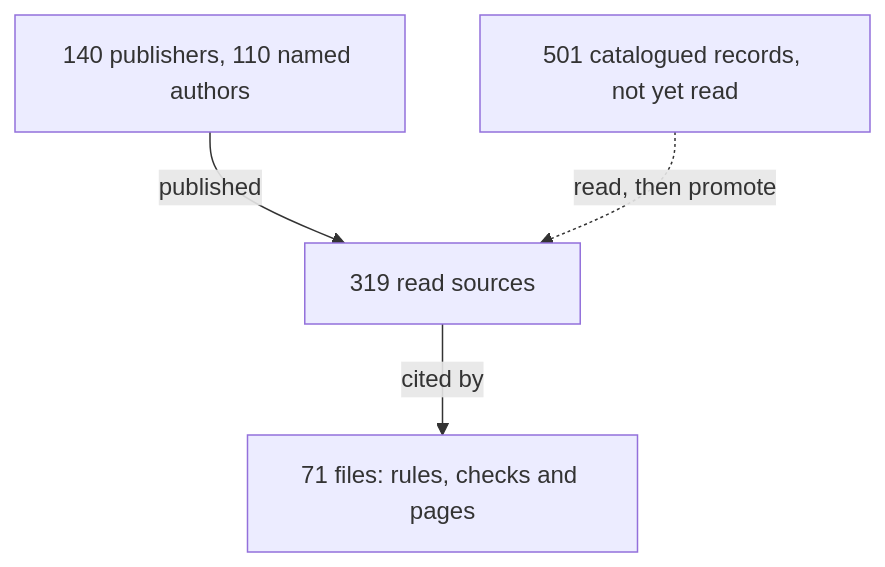
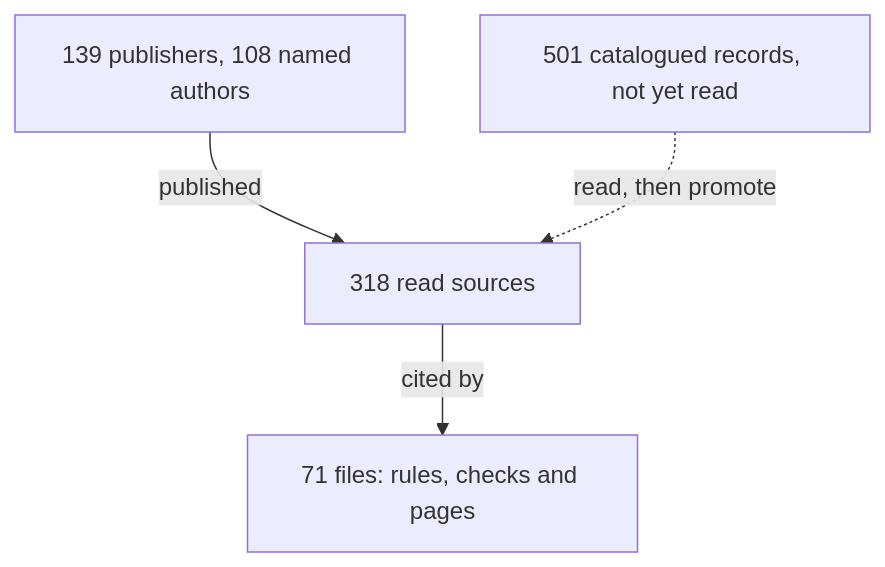
One commit to Valpatel/cad-agent changed the diagram in docs/practice/experts.md. Above: the diagram before and after it, drawn with Mermaid. The commit also changed other lines of this file and 5 other files, not shown here.

````diff
--- a/docs/practice/experts.md
+++ b/docs/practice/experts.md
@@ -6,7 +6,7 @@
 ```mermaid
 flowchart TD
-  P["140 publishers, 110 named authors"] -->|published| S["319 read sources"]
+  P["139 publishers, 108 named authors"] -->|published| S["318 read sources"]
   S -->|cited by| U["71 files: rules, checks and pages"]
   C["501 catalogued records, not yet read"] -.->|read, then promote| S
   class S here
 ```
````
